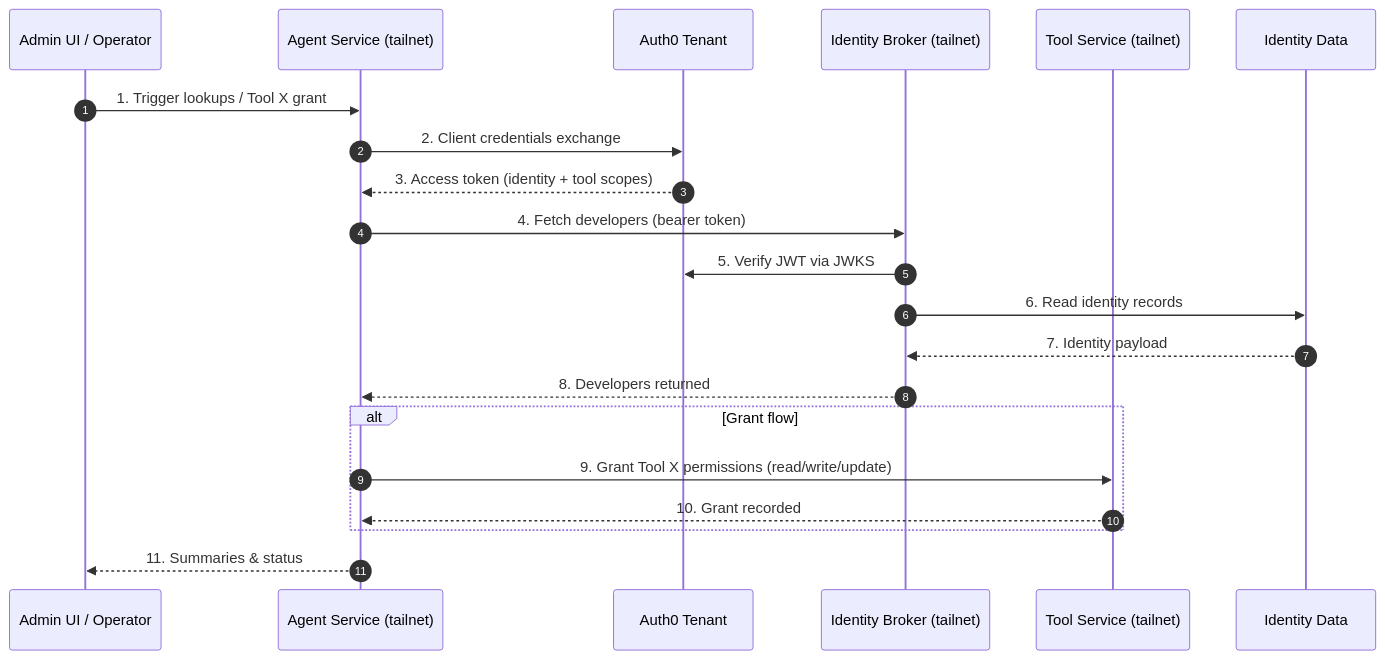
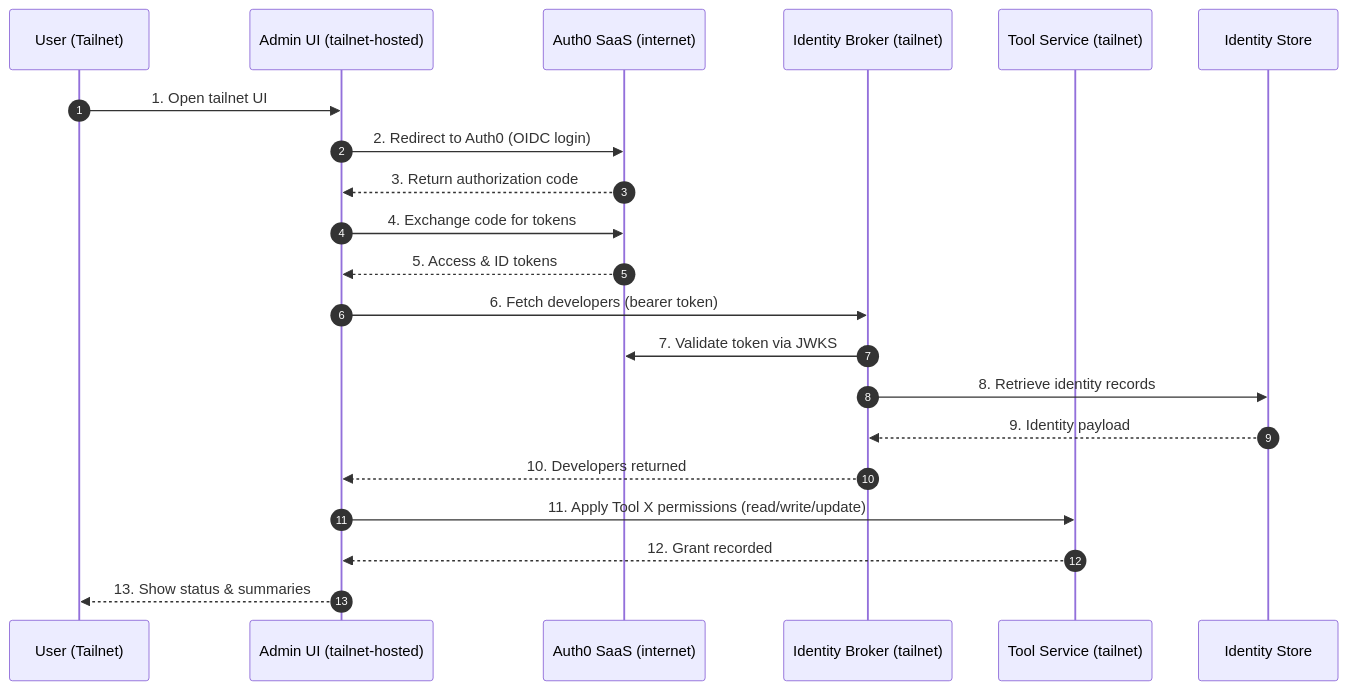
One commit to bharatsindhu/tailnet-agent changed the diagram in README.md. Above: the diagram before and after it, drawn with Mermaid. The commit also changed other lines of this file and 2 other files, not shown here.

Commit message:
updating architecture diagram and README.md

````diff
--- a/README.md
+++ b/README.md
@@ -3,24 +3,24 @@
 ```mermaid
 sequenceDiagram
     autonumber
-    participant Admin as Admin UI / Operator
-    participant Agent as Agent Service (tailnet)
-    participant Auth0 as Auth0 Tenant
+    participant User as User (Tailnet)
+    participant AdminUI as Admin UI (tailnet-hosted)
+    participant Auth0 as Auth0 SaaS (internet)
     participant Broker as Identity Broker (tailnet)
     participant Tool as Tool Service (tailnet)
-    participant Data as Identity Data
+    participant Data as Identity Store
 
-    Admin->>Agent: 1. Trigger lookups / Tool X grant
-    Agent->>Auth0: 2. Client credentials exchange
-    Auth0-->>Agent: 3. Access token (identity + tool scopes)
-    Agent->>Broker: 4. Fetch developers (bearer token)
-    Broker->>Auth0: 5. Verify JWT via JWKS
-    Broker->>Data: 6. Read identity records
-    Data-->>Broker: 7. Identity payload
-    Broker-->>Agent: 8. Developers returned
-    alt Grant flow
-        Agent->>Tool: 9. Grant Tool X permissions (read/write/update)
-        Tool-->>Agent: 10. Grant recorded
-    end
-    Agent-->>Admin: 11. Summaries & status
+    User->>AdminUI: 1. Open tailnet UI
+    AdminUI->>Auth0: 2. Redirect to Auth0 (OIDC login)
+    Auth0-->>AdminUI: 3. Return authorization code
+    AdminUI->>Auth0: 4. Exchange code for tokens
+    Auth0-->>AdminUI: 5. Access & ID tokens
+    AdminUI->>Broker: 6. Fetch developers (bearer token)
+    Broker->>Auth0: 7. Validate token via JWKS
+    Broker->>Data: 8. Retrieve identity records
+    Data-->>Broker: 9. Identity payload
+    Broker-->>AdminUI: 10. Developers returned
+    AdminUI->>Tool: 11. Apply Tool X permissions (read/write/update)
+    Tool-->>AdminUI: 12. Grant recorded
+    AdminUI-->>User: 13. Show status & summaries
 ```
````
